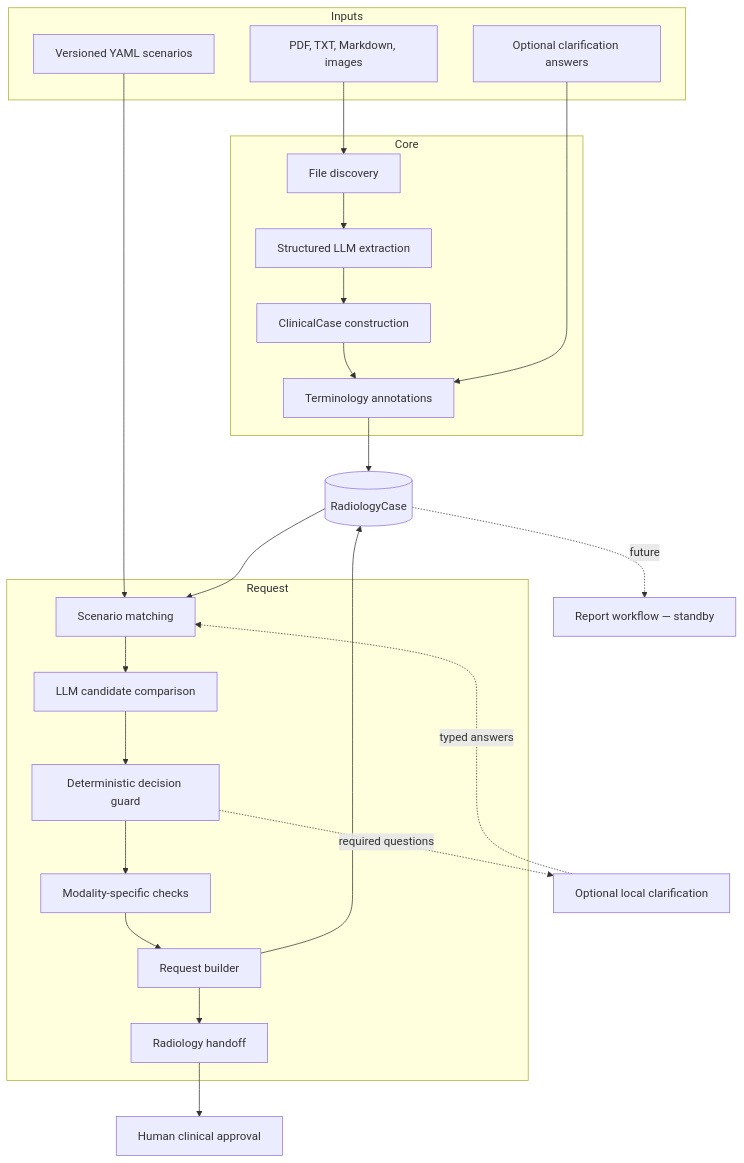
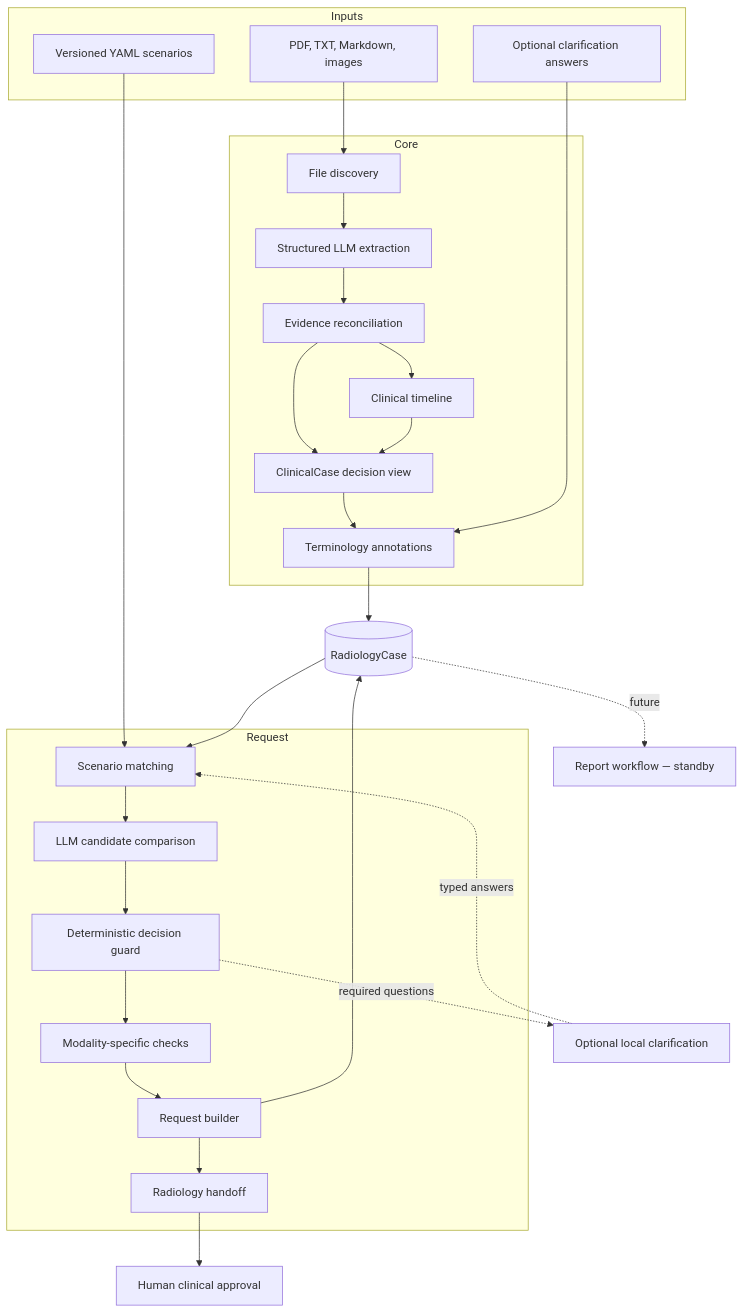
The first of 3 diagrams in docs/architecture.md (Thibescobar/bulkinout), drawn with Mermaid before and after one commit. The commit also changed other lines of this file and 47 other files, not shown here.

Commit message:
Add clinical reconciliation and timeline

````diff
--- a/docs/architecture.md
+++ b/docs/architecture.md
@@ -7,40 +7,43 @@
 ```mermaid
 flowchart TB
     subgraph Inputs
         DOCS[PDF, TXT, Markdown, images]
         ANSWERS[Optional clarification answers]
         YAML[Versioned YAML scenarios]
     end
 
     subgraph Core
         INGEST[File discovery]
         EXTRACT[Structured LLM extraction]
-        CASE[ClinicalCase construction]
+        RECONCILE[Evidence reconciliation]
+        TIMELINE[Clinical timeline]
+        CASE[ClinicalCase decision view]
         NORMALIZE[Terminology annotations]
     end
 
     RECORD[(RadiologyCase)]
 
     subgraph Request
         MATCH[Scenario matching]
         DECIDE[LLM candidate comparison]
         GUARD[Deterministic decision guard]
         SAFETY[Modality-specific checks]
         BUILD[Request builder]
         HANDOFF[Radiology handoff]
     end
 
     CLARIFY[Optional local clarification]
     REVIEW[Human clinical approval]
     REPORT[Report workflow — standby]
 
-    DOCS --> INGEST --> EXTRACT --> CASE --> NORMALIZE --> RECORD
+    DOCS --> INGEST --> EXTRACT --> RECONCILE --> CASE --> NORMALIZE --> RECORD
+    RECONCILE --> TIMELINE --> CASE
     ANSWERS --> NORMALIZE
     YAML --> MATCH
     RECORD --> MATCH --> DECIDE --> GUARD --> SAFETY --> BUILD --> HANDOFF
     GUARD -. required questions .-> CLARIFY
     CLARIFY -. typed answers .-> MATCH
     BUILD --> RECORD
     HANDOFF --> REVIEW
     RECORD -. future .-> REPORT
 ```
````
